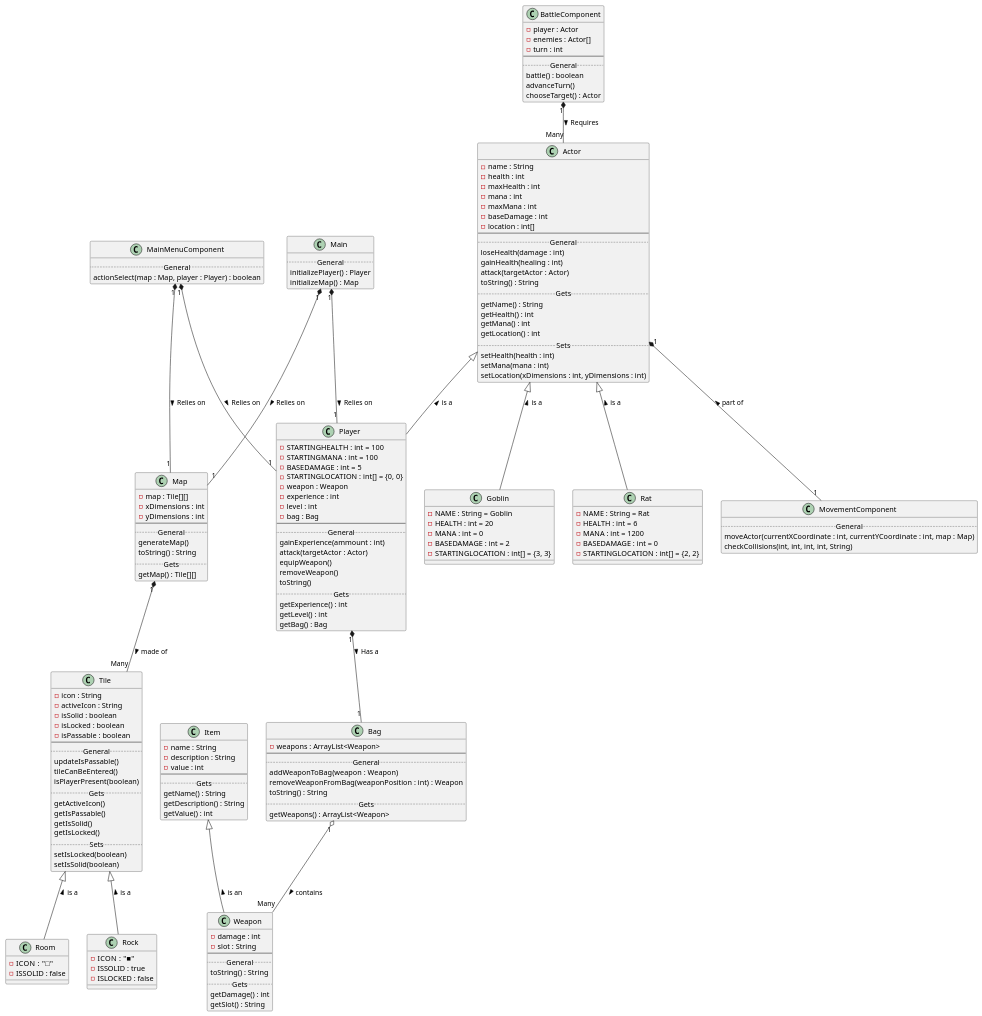
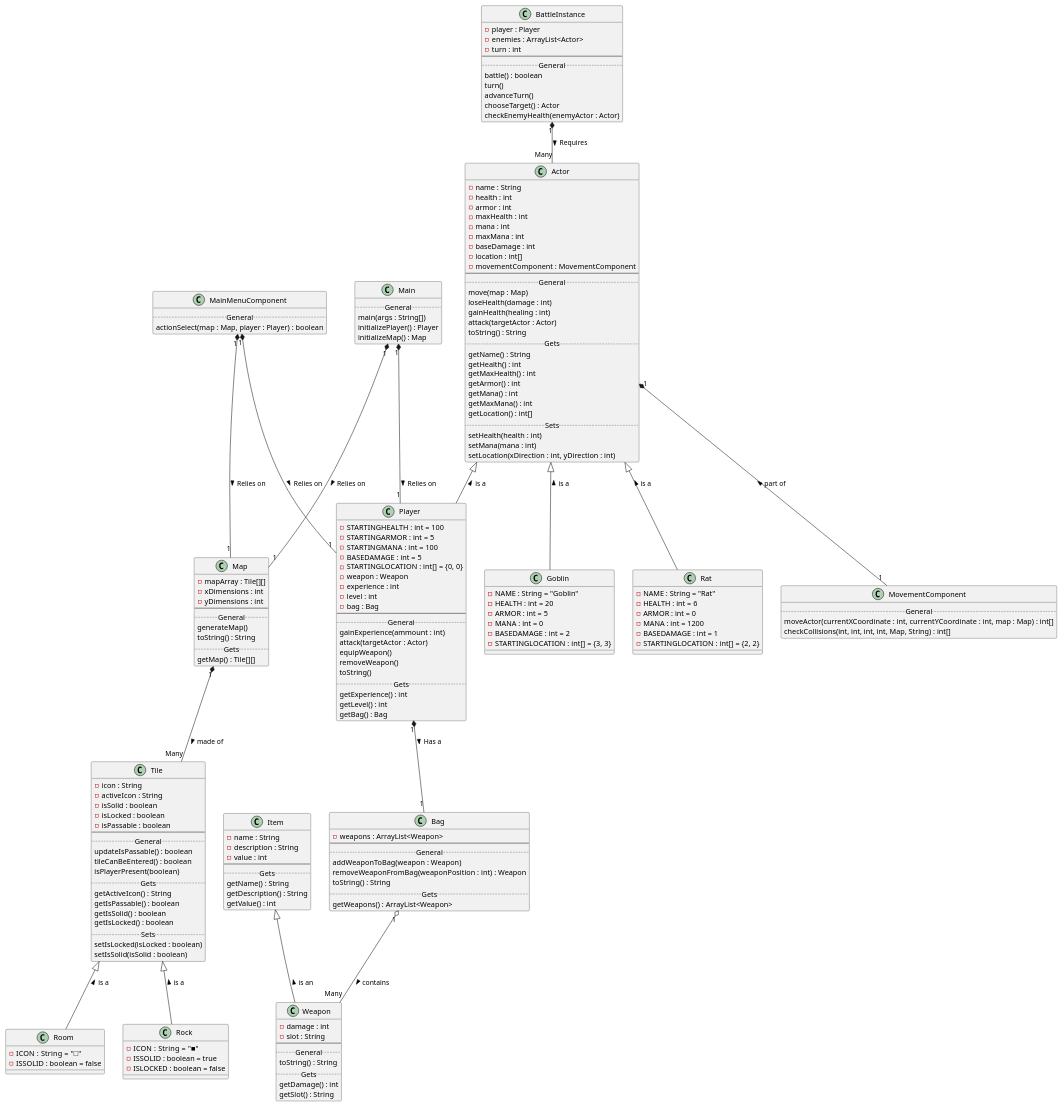
Before and after one commit to CromulentEntity/Dungeon_Crawler_Deux: the diagram in Documentation/UML Class Diagram.md, drawn with PlantUML. The commit also changed 14 other files, not shown here.

```diff
--- a/Documentation/UML Class Diagram.md
+++ b/Documentation/UML Class Diagram.md
@@ -2,13 +2,16 @@
 class Actor {
     - name : String
     - health : int
+    - armor : int
     - maxHealth : int
     - mana : int
     - maxMana : int
     - baseDamage : int
     - location : int[]
+    - movementComponent : MovementComponent
     --
     .. General ..
+    move(map : Map)
     loseHealth(damage : int)
     gainHealth(healing : int)
     attack(targetActor : Actor)
@@ -16,16 +19,20 @@
     .. Gets ..
     getName() : String
     getHealth() : int
+    getMaxHealth() : int
+    getArmor() : int
     getMana() : int
-    getLocation() : int
+    getMaxMana() : int
+    getLocation() : int[]
     .. Sets ..
     setHealth(health : int)
     setMana(mana : int)
-    setLocation(xDimensions : int, yDimensions : int)
+    setLocation(xDirection : int, yDirection : int)
 }
 
 class Player {
     - STARTINGHEALTH : int = 100
+    - STARTINGARMOR : int = 5
     - STARTINGMANA : int = 100
     - BASEDAMAGE : int = 5
     - STARTINGLOCATION : int[] = {0, 0}
@@ -47,18 +54,20 @@
 }
 
 class Goblin {
-    - NAME : String = Goblin
+    - NAME : String = "Goblin"
     - HEALTH : int = 20
+    - ARMOR : int = 5
     - MANA : int = 0
     - BASEDAMAGE : int = 2
     - STARTINGLOCATION : int[] = {3, 3}
 }
 
 class Rat {
-    - NAME : String = Rat
+    - NAME : String = "Rat"
     - HEALTH : int = 6
+    - ARMOR : int = 0
     - MANA : int = 1200
-    - BASEDAMAGE : int = 0
+    - BASEDAMAGE : int = 1
     - STARTINGLOCATION : int[] = {2, 2}
 }
 
@@ -66,19 +75,21 @@
 
 class MovementComponent {
     .. General ..
-    moveActor(currentXCoordinate : int, currentYCoordinate : int, map : Map)
-    checkCollisions(int, int, int, int, String)
+    moveActor(currentXCoordinate : int, currentYCoordinate : int, map : Map) : int[]
+    checkCollisions(int, int, int, int, Map, String) : int[]
 }
 
-class BattleComponent {
-    - player : Actor
-    - enemies : Actor[]
+class BattleInstance {
+    - player : Player
+    - enemies : ArrayList<Actor>
     - turn : int
     --
     .. General ..
     battle() : boolean
+    turn()
     advanceTurn()
     chooseTarget() : Actor
+    checkEnemyHealth(enemyActor : Actor)
 }
 
 class MainMenuComponent {
@@ -120,40 +131,41 @@
     -isPassable : boolean
     --
     .. General ..
-    updateIsPassable()
-    tileCanBeEntered()
+    updateIsPassable() : boolean
+    tileCanBeEntered() : boolean
     isPlayerPresent(boolean)
     .. Gets ..
-    getActiveIcon()
-    getIsPassable()
-    getIsSolid()
-    getIsLocked()
+    getActiveIcon() : String
+    getIsPassable() : boolean
+    getIsSolid() : boolean
+    getIsLocked() : boolean
     .. Sets ..
-    setIsLocked(boolean)
-    setIsSolid(boolean)
+    setIsLocked(isLocked : boolean)
+    setIsSolid(isSolid : boolean)
 }
 
 class Rock {
-    -ICON : "■"
-    -ISSOLID : true
-    -ISLOCKED : false
+    -ICON : String = "■"
+    -ISSOLID : boolean = true
+    -ISLOCKED : boolean = false
 }
 
 class Room {
-    -ICON : "□"
-    -ISSOLID : false
+    -ICON : String = "□"
+    -ISSOLID : boolean = false
 }
 
 
 
 class Main {
     .. General ..
+    main(args : String[])
     initializePlayer() : Player
     initializeMap() : Map
 }
 
 class Map {
-    - map : Tile[][]
+    - mapArray : Tile[][]
     - xDimensions : int
     - yDimensions : int
     --
@@ -175,6 +187,8 @@
     getWeapons() : ArrayList<Weapon>
 }
 
+
+
 Tile <|-- Rock : < is a
 Tile <|-- Room : < is a
 
@@ -192,7 +206,7 @@
 MainMenuComponent "1" *-- "1" Player : Relies on >
 MainMenuComponent "1" *-- "1" Map : Relies on >
 
-BattleComponent "1" *-- "Many" Actor : Requires >
+BattleInstance "1" *-- "Many" Actor : Requires >
 
 Main "1" *-- "1" Player : Relies on >
 Main "1" *-- "1" Map : Relies on >
```
